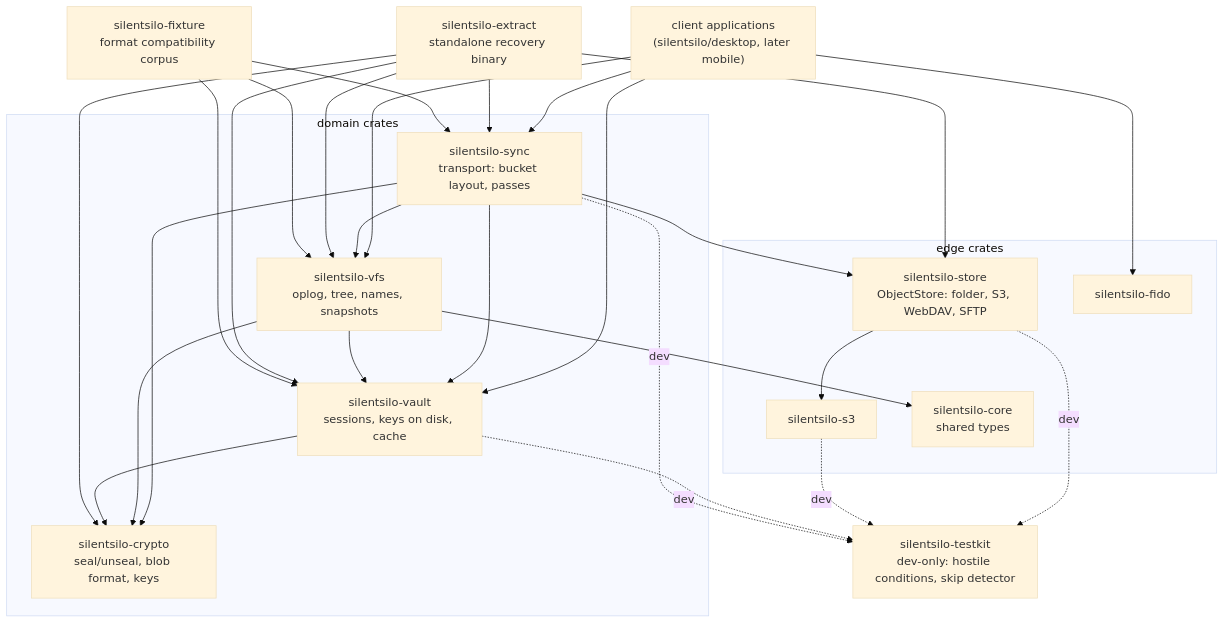
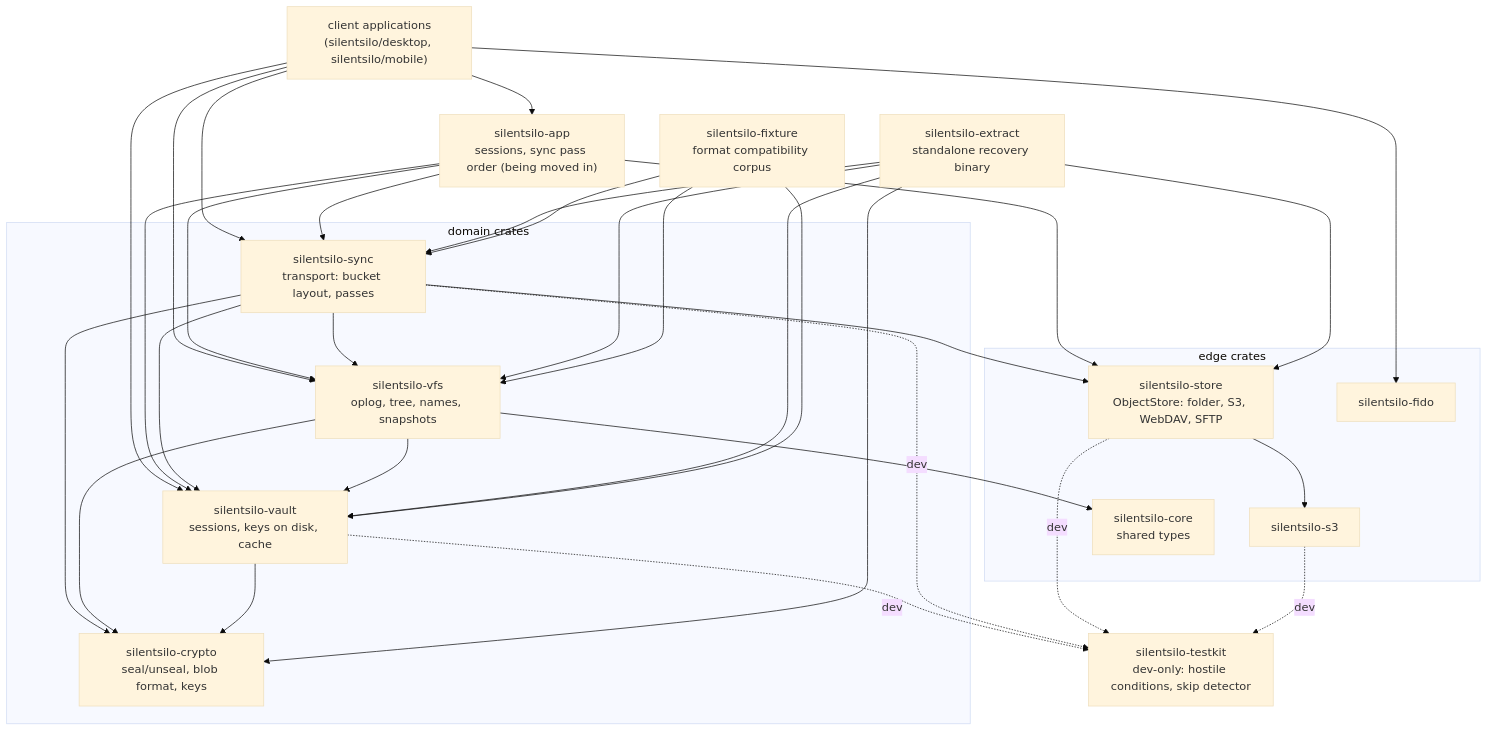
Before and after one commit to silentsilo/core: the first of 4 diagrams in docs/ARCHITECTURE.md, drawn with Mermaid (base theme). The commit also changed other lines of this file and 10 other files, not shown here.

First line of the commit message:
Start silentsilo-app with sessions and the sync pass

````diff
--- a/docs/ARCHITECTURE.md
+++ b/docs/ARCHITECTURE.md
@@ -34,28 +34,30 @@
 ```mermaid
 flowchart TD
     subgraph domain["domain crates"]
         VFS["silentsilo-vfs<br/>oplog, tree, names, snapshots"]
         VAULT["silentsilo-vault<br/>sessions, keys on disk, cache"]
         SYNC["silentsilo-sync<br/>transport: bucket layout, passes"]
         CRYPTO["silentsilo-crypto<br/>seal/unseal, blob format, keys"]
     end
     subgraph edge["edge crates"]
         STORE["silentsilo-store<br/>ObjectStore: folder, S3, WebDAV, SFTP"]
         S3C["silentsilo-s3"]
         FIDO["silentsilo-fido"]
         CORE["silentsilo-core<br/>shared types"]
     end
+    APP["silentsilo-app<br/>sessions, sync pass order (being moved in)"]
     EXTRACT["silentsilo-extract<br/>standalone recovery binary"]
     FIXTURE["silentsilo-fixture<br/>format compatibility corpus"]
     TESTKIT["silentsilo-testkit<br/>dev-only: hostile conditions, skip detector"]
-    CLIENT["client applications<br/>(silentsilo/desktop, later mobile)"]
+    CLIENT["client applications<br/>(silentsilo/desktop, silentsilo/mobile)"]
 
-    CLIENT --> VFS & VAULT & SYNC & FIDO
+    CLIENT --> APP & VFS & VAULT & SYNC & FIDO
+    APP --> SYNC & VFS & VAULT & STORE
     SYNC --> VFS & VAULT & CRYPTO & STORE
     VFS --> VAULT & CRYPTO & CORE
     VAULT --> CRYPTO
     STORE --> S3C
     EXTRACT --> SYNC & VFS & VAULT & CRYPTO & STORE
     FIXTURE --> SYNC & VFS & VAULT
     VAULT & STORE & SYNC & S3C -.dev.-> TESTKIT
 ```
````
